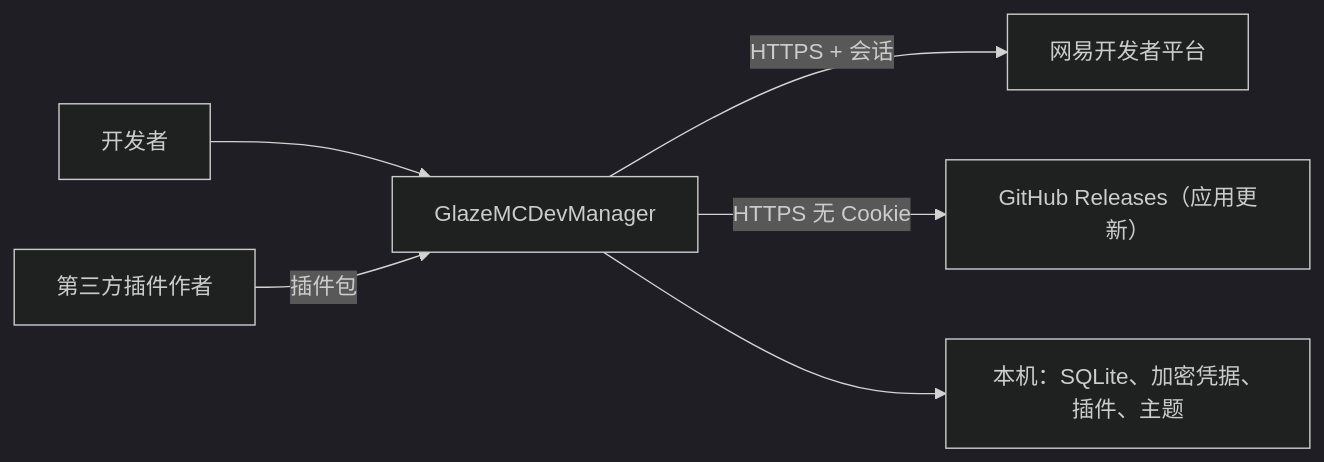
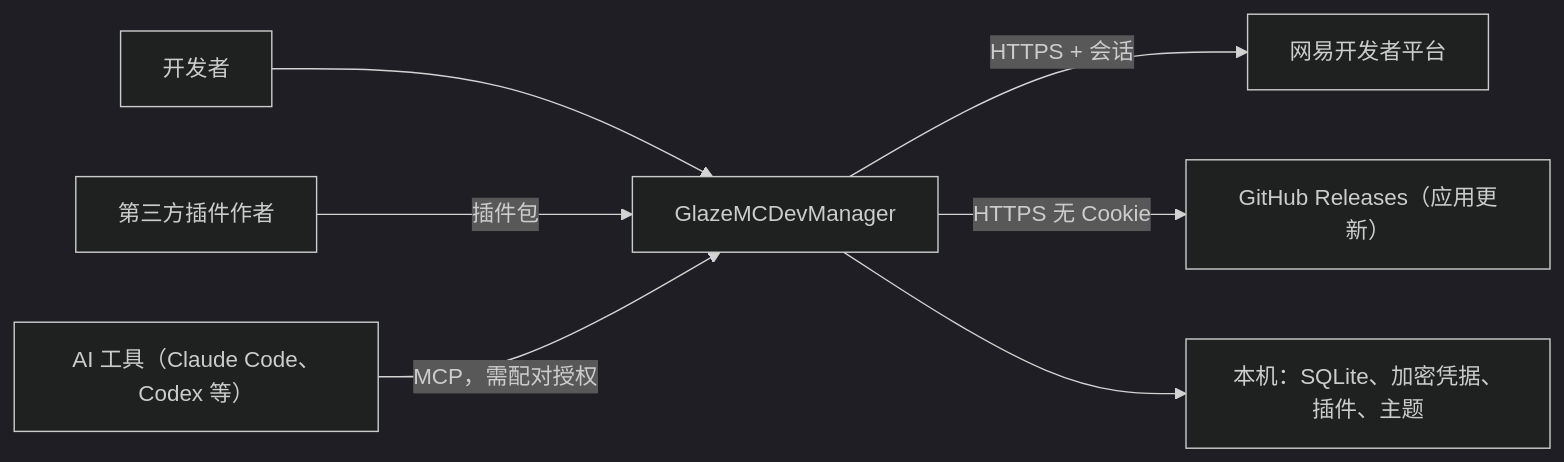
The diagram in docs/architecture/01-overview.md (GlazeCatTeam/GlazeMCDevManager), drawn with Mermaid (dark theme) before and after one commit. The commit also changed other lines of this file and 19 other files, not shown here.

````diff
--- a/docs/architecture/01-overview.md
+++ b/docs/architecture/01-overview.md
@@ -51,8 +52,9 @@
 ```mermaid
 flowchart LR
     USER["开发者"] --> APP["GlazeMCDevManager"]
     APP -->|HTTPS + 会话| NETEASE["网易开发者平台"]
     APP -->|HTTPS 无 Cookie| GITHUB["GitHub Releases（应用更新）"]
     APP --> DISK["本机：SQLite、加密凭据、插件、主题"]
     DEV["第三方插件作者"] -->|插件包| APP
+    AI["AI 工具（Claude Code、Codex 等）"] -->|MCP，需配对授权| APP
 ```
````
